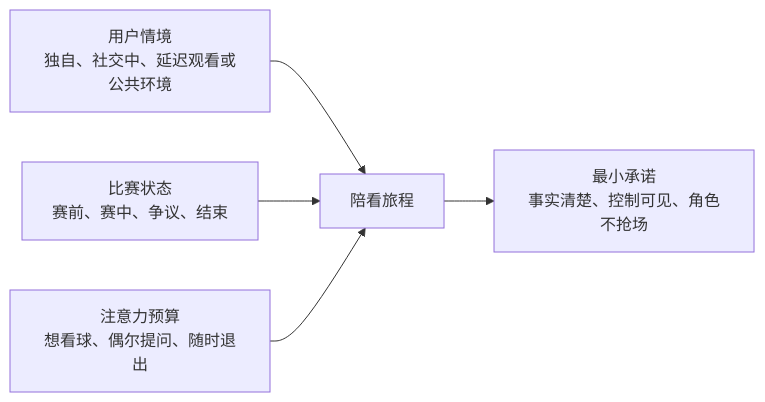
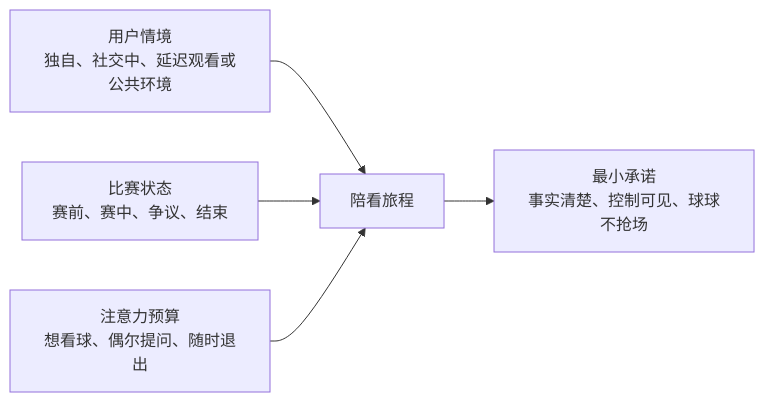
Before and after one commit to weiz98417-crypto/qiuqiu: the first of 11 diagrams in docs/球球全套资料/4.产品设计/22-赛前赛中赛后陪看旅程设计.md, drawn with Mermaid. The commit also changed other lines of this file and 49 other files, not shown here.

````diff
--- a/docs/球球全套资料/4.产品设计/22-赛前赛中赛后陪看旅程设计.md
+++ b/docs/球球全套资料/4.产品设计/22-赛前赛中赛后陪看旅程设计.md
@@ -32,7 +30,7 @@
 ```mermaid
 flowchart LR
     Person[用户情境\n独自、社交中、延迟观看或公共环境] --> Journey[陪看旅程]
     Match[比赛状态\n赛前、赛中、争议、结束] --> Journey
     Attention[注意力预算\n想看球、偶尔提问、随时退出] --> Journey
-    Journey --> Promise[最小承诺\n事实清楚、控制可见、角色不抢场]
+    Journey --> Promise[最小承诺\n事实清楚、控制可见、球球不抢场]
 ```
````
